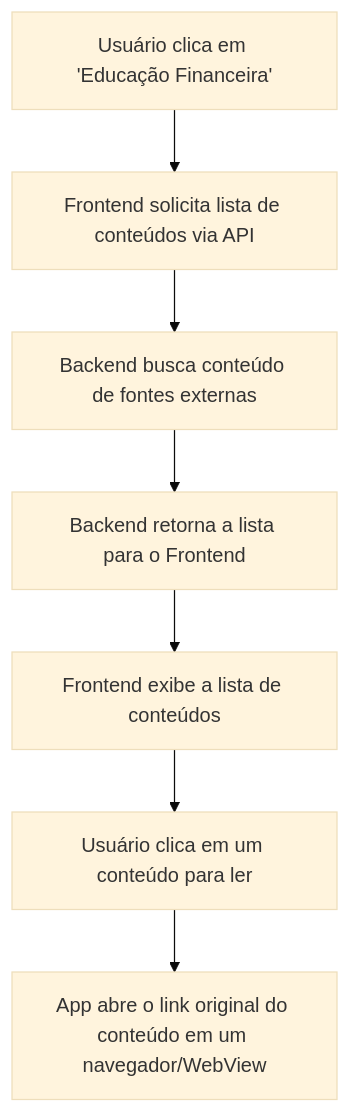
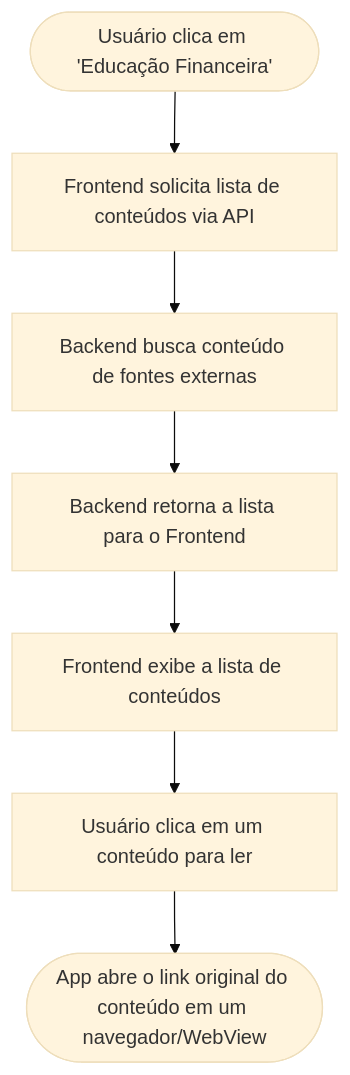
One commit to ICEI-PUC-Minas-PMV-ADS/pmv-ads-2025-2-e2-proj-int-t9-savemoney changed the diagram in docs/requisitos/r2-educacao-financeira/Projeto de Interface.md. Above: the diagram before and after it, drawn with Mermaid (base theme). The commit also changed 2 other files, not shown here.

Commit message:
fix: standardize flowchart notation in interface documentation

````diff
--- a/docs/requisitos/r2-educacao-financeira/Projeto de Interface.md
+++ b/docs/requisitos/r2-educacao-financeira/Projeto de Interface.md
@@ -9,9 +9,9 @@
 ```mermaid
 graph TD
-    A[Usuário clica em 'Educação Financeira'] --> B[Frontend solicita lista de conteúdos via API];
+    A([Usuário clica em 'Educação Financeira']) --> B[Frontend solicita lista de conteúdos via API];
     B --> C[Backend busca conteúdo de fontes externas];
     C --> D[Backend retorna a lista para o Frontend];
     D --> E[Frontend exibe a lista de conteúdos];
     E --> F[Usuário clica em um conteúdo para ler];
-    F --> G[App abre o link original do conteúdo em um navegador/WebView];
+    F --> G([App abre o link original do conteúdo em um navegador/WebView]);
 ```
````
